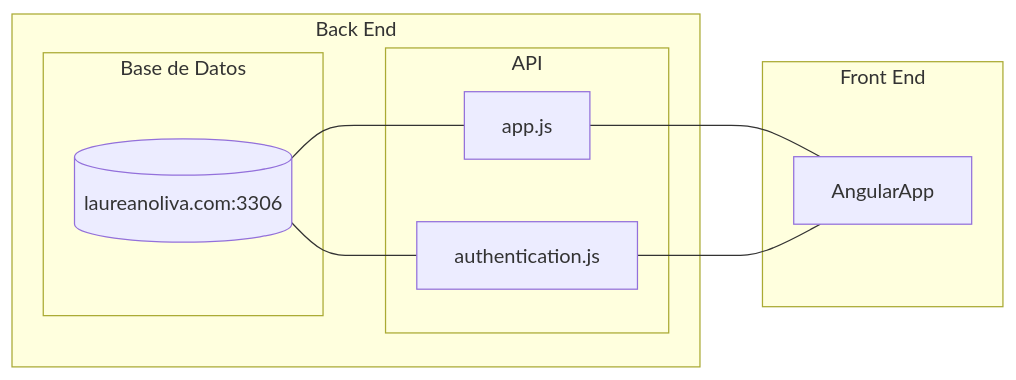
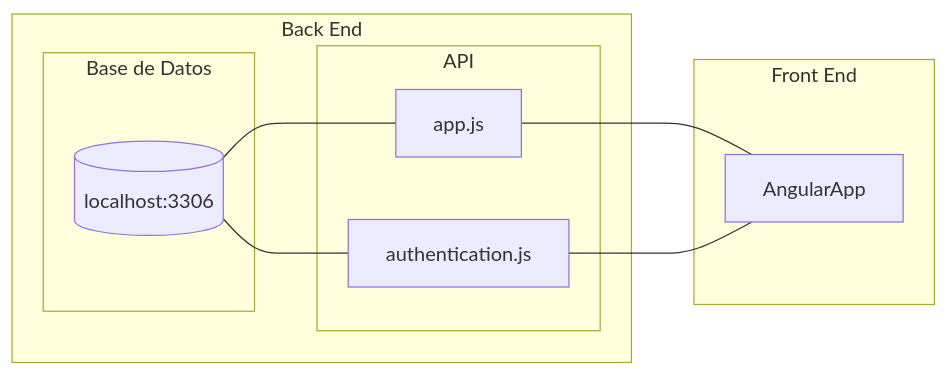
The diagram in README.md (laucha54321/tp-mysql-be), drawn with Mermaid before and after one commit.

````diff
--- a/README.md
+++ b/README.md
@@ -21,18 +21,18 @@
 ```mermaid
 flowchart LR;
     subgraph Back End
     subgraph Base de Datos
-        id1[(laureanoliva.com:3306)]
+        id1[(localhost:3306)]
     end
     subgraph API
         app.js
         authentication.js;
     end
-        id1[(laureanoliva.com:3306)] --- app.js;
-        id1[(laureanoliva.com:3306)] --- authentication.js;
+        id1[(localhost:3306)] --- app.js;
+        id1[(localhost:3306)] --- authentication.js;
     end
     subgraph Front End
         app.js --- AngularApp
         authentication.js --- AngularApp;
     end
 ```
````
